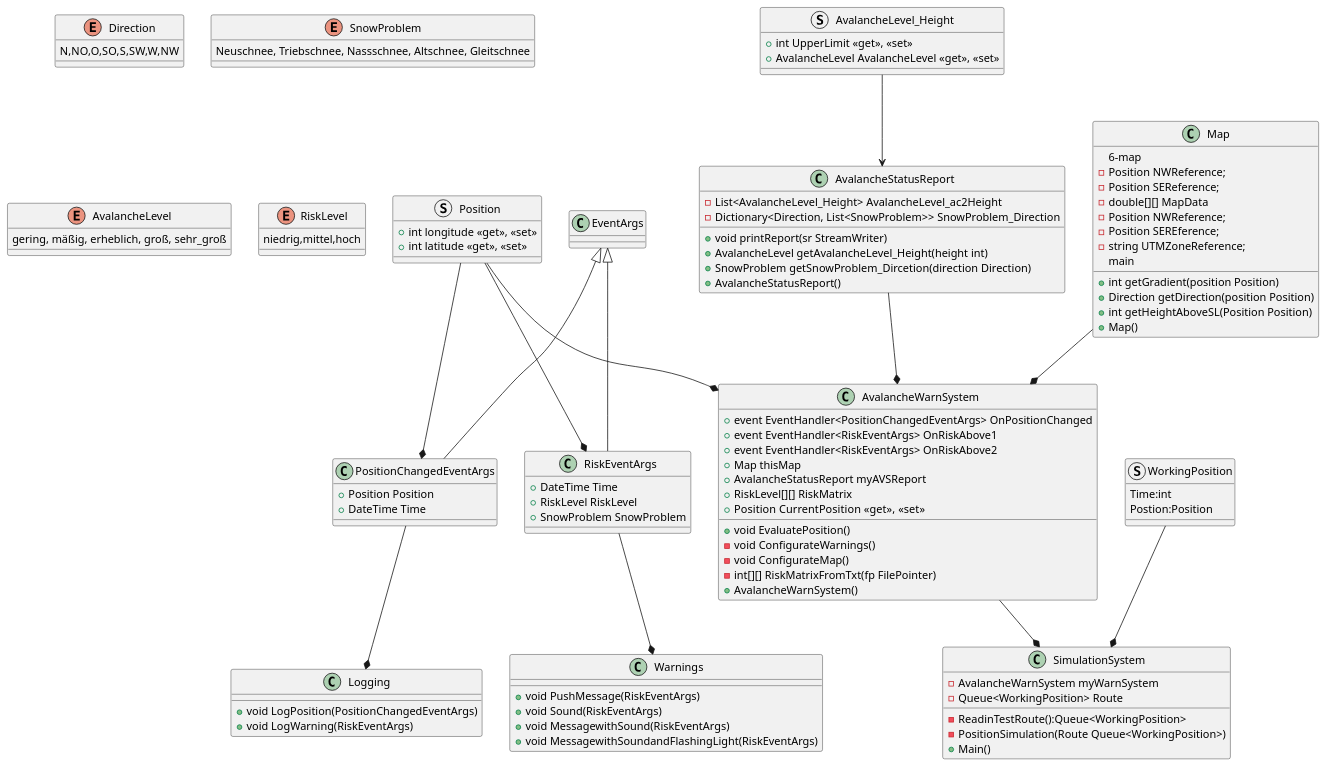
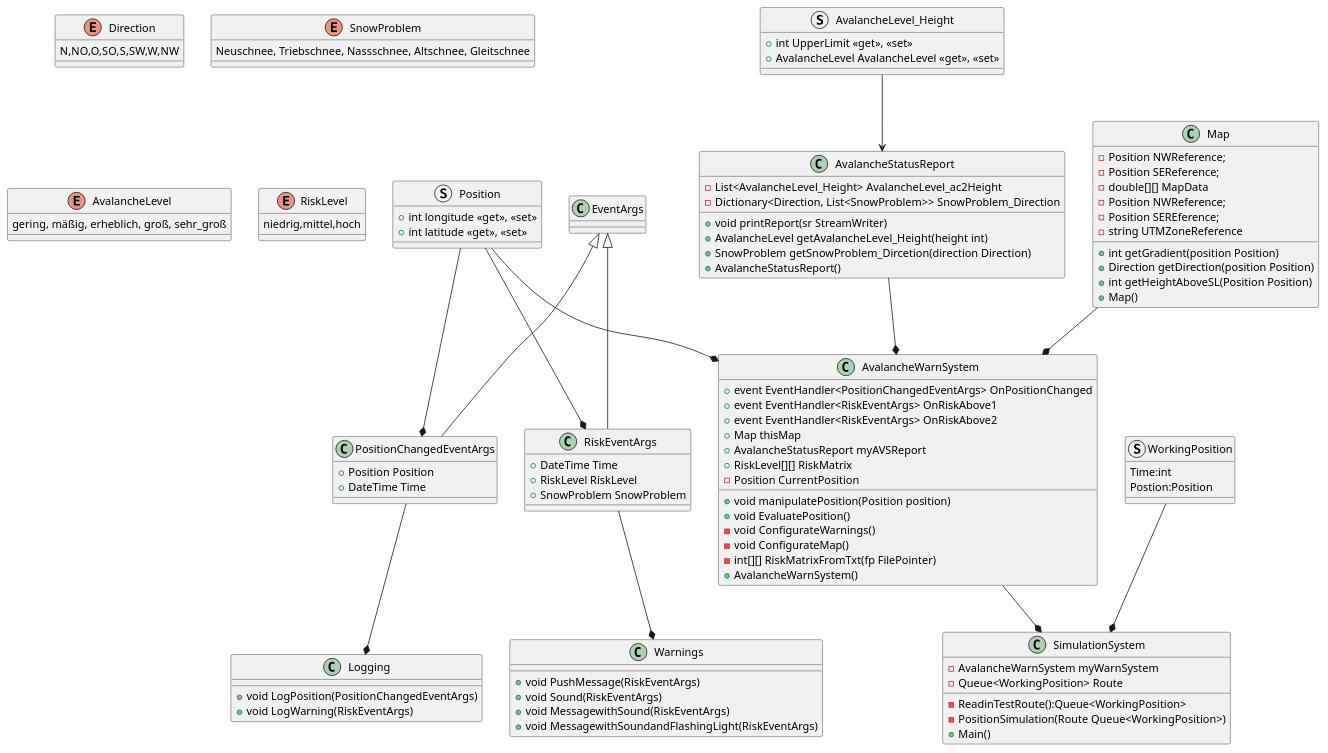
One commit to ganz-anders/poorgrammar changed the diagram in ClassDiagram.puml. Above: the diagram before and after it, drawn with PlantUML.

Commit message:
fixed the Class Diagram, deleted some fragments, added AvalancheWarnSystem.manipulatePosition Method

```diff
--- a/ClassDiagram.puml
+++ b/ClassDiagram.puml
@@ -1,130 +1,129 @@
 @startuml ClassDiagram
 enum Direction
 {
     N,NO,O,SO,S,SW,W,NW
 }
 
 enum SnowProblem
 {
     Neuschnee, Triebschnee, Nassschnee, Altschnee, Gleitschnee
 }
 
 enum AvalancheLevel
 {
     gering, mäßig, erheblich, groß, sehr_groß
 }
 
 enum RiskLevel
 {
     niedrig,mittel,hoch
 }
 
 struct Position
 {
     + int longitude <<get>>, <<set>>
     + int latitude <<get>>, <<set>>
 }
 
 struct AvalancheLevel_Height
 {
     + int UpperLimit <<get>>, <<set>>
     + AvalancheLevel AvalancheLevel <<get>>, <<set>>
 }
 
 class AvalancheStatusReport
 {
     - List<AvalancheLevel_Height> AvalancheLevel_ac2Height
     - Dictionary<Direction, List<SnowProblem>> SnowProblem_Direction
     + void printReport(sr StreamWriter)
     + AvalancheLevel getAvalancheLevel_Height(height int)
     + SnowProblem getSnowProblem_Dircetion(direction Direction)
     + AvalancheStatusReport()
 }
 
 class Map
 {
-6-map
     - Position NWReference;
     - Position SEReference;
     - double[][] MapData
     - Position NWReference;
     - Position SEREference;
-    - string UTMZoneReference;
- main
+    - string UTMZoneReference
     + int getGradient(position Position)
     + Direction getDirection(position Position)
     + int getHeightAboveSL(Position Position)
     + Map()
 }
 
 class Warnings
 {
     + void PushMessage(RiskEventArgs)
     + void Sound(RiskEventArgs)
     + void MessagewithSound(RiskEventArgs)
     + void MessagewithSoundandFlashingLight(RiskEventArgs)
 }
 
 class Logging
 {
     + void LogPosition(PositionChangedEventArgs)
     + void LogWarning(RiskEventArgs)
 }
 
 class PositionChangedEventArgs
 {
     + Position Position
     + DateTime Time
 }
 
 class RiskEventArgs
 {
     + DateTime Time
     + RiskLevel RiskLevel
     + SnowProblem SnowProblem
 }
 
 class AvalancheWarnSystem
 {
     + event EventHandler<PositionChangedEventArgs> OnPositionChanged
     + event EventHandler<RiskEventArgs> OnRiskAbove1
     + event EventHandler<RiskEventArgs> OnRiskAbove2
     + Map thisMap
     + AvalancheStatusReport myAVSReport
     + RiskLevel[][] RiskMatrix
-    + Position CurrentPosition <<get>>,  <<set>>
+    - Position CurrentPosition 
+    + void manipulatePosition(Position position)
     + void EvaluatePosition()
     - void ConfigurateWarnings()
     - void ConfigurateMap()
     - int[][] RiskMatrixFromTxt(fp FilePointer)  
     + AvalancheWarnSystem()
 }
 
 struct WorkingPosition
 {
     Time:int
     Postion:Position    
 }
 class SimulationSystem
 {
     - AvalancheWarnSystem myWarnSystem
     - Queue<WorkingPosition> Route
     - ReadinTestRoute():Queue<WorkingPosition>
     - PositionSimulation(Route Queue<WorkingPosition>)
     + Main()
 }
 
 RiskEventArgs --* Warnings
 PositionChangedEventArgs --* Logging
 EventArgs <|-- RiskEventArgs
 EventArgs <|-- PositionChangedEventArgs
 AvalancheLevel_Height --> AvalancheStatusReport
 Position --* RiskEventArgs
 Position --* PositionChangedEventArgs
 Position --* AvalancheWarnSystem
 AvalancheStatusReport --* AvalancheWarnSystem
 Map --* AvalancheWarnSystem
 AvalancheWarnSystem --* SimulationSystem
 WorkingPosition --* SimulationSystem
 
 @enduml
```
